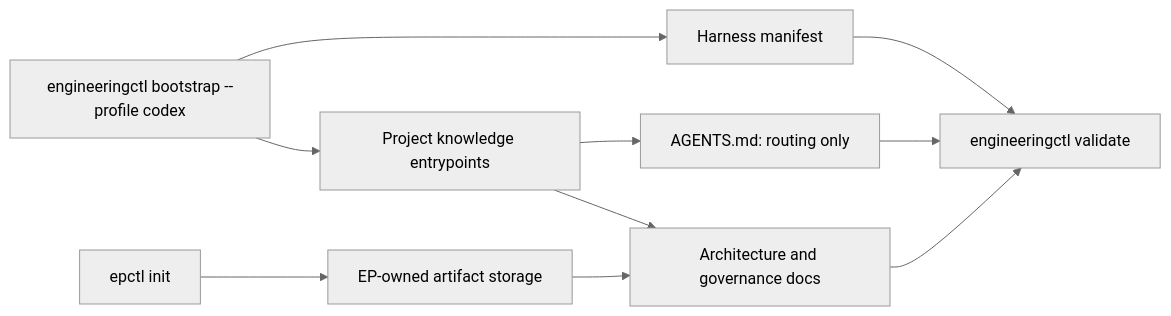
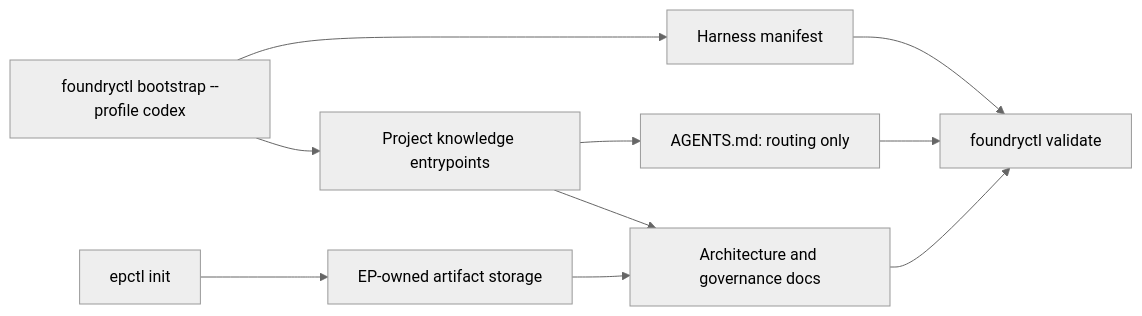
The diagram in docs/design-docs/codex-project-bootstrap.md (XiaoWeiKIN/RepoFoundryAI), drawn with Mermaid (neutral theme) before and after one commit. The commit also changed other lines of this file and 36 other files, not shown here.

````diff
--- a/docs/design-docs/codex-project-bootstrap.md
+++ b/docs/design-docs/codex-project-bootstrap.md
@@ -233,12 +233,12 @@
 ```mermaid
 flowchart LR
     I["epctl init"] --> E["EP-owned artifact storage"]
-    B["engineeringctl bootstrap --profile codex"] --> K["Project knowledge entrypoints"]
+    B["foundryctl bootstrap --profile codex"] --> K["Project knowledge entrypoints"]
     B --> M["Harness manifest"]
     K --> A["AGENTS.md: routing only"]
     K --> D["Architecture and governance docs"]
     E --> D
-    M --> V["engineeringctl validate"]
+    M --> V["foundryctl validate"]
     A --> V
     D --> V
 ```
````
